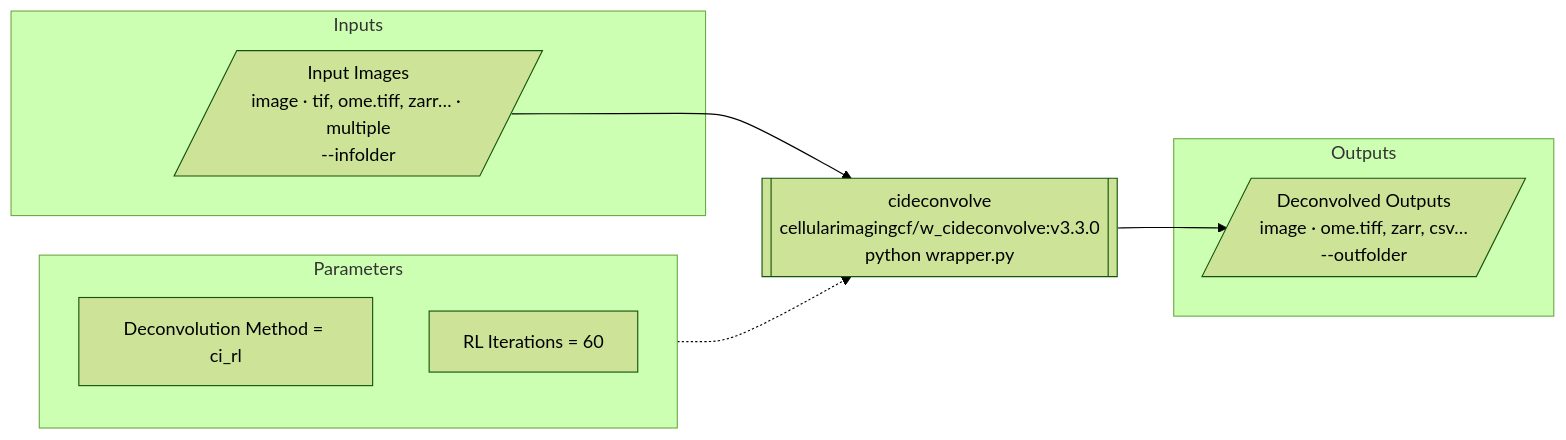
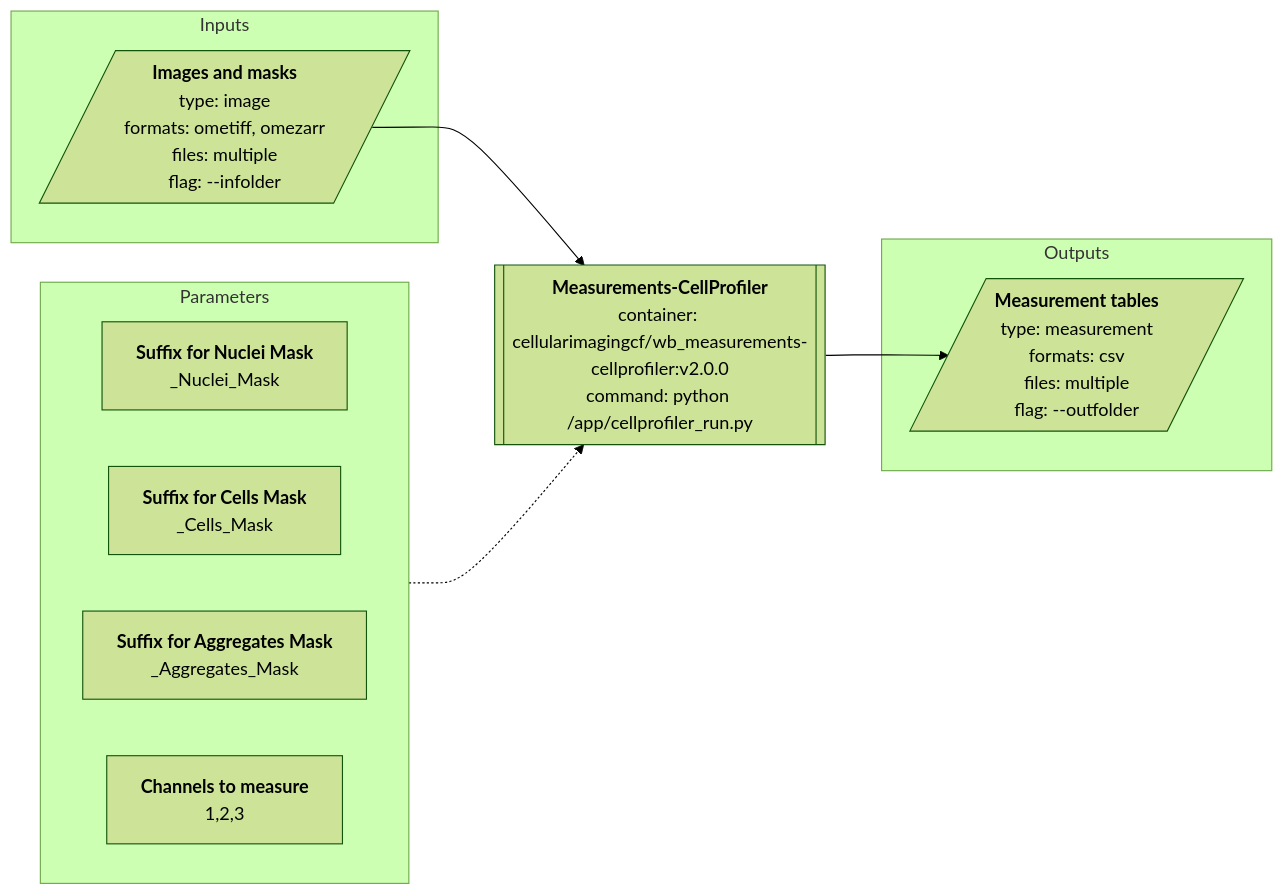
Before and after one commit to NL-BioImaging/vis-workflow: the diagram in notes/design.md, drawn with Mermaid (forest theme). The commit also changed other lines of this file and 12 other files, not shown here.

First line of the commit message:
Clearer diagram labels and show advanced parameters by default

````diff
--- a/notes/design.md
+++ b/notes/design.md
@@ -30,17 +30,20 @@
 ```mermaid
 flowchart LR
-  subgraph IN[Inputs]
-    in_infolder[/"Input Images<br/>image · tif, ome.tiff, zarr… · multiple<br/>--infolder"/]
+  subgraph inputs["Inputs"]
+    in_infolder[/"<b>Images and masks</b><br/>type: image<br/>formats: ometiff, omezarr<br/>files: multiple<br/>flag: --infolder"/]
   end
-  tool[["cideconvolve<br/>cellularimagingcf/w_cideconvolve:v3.3.0<br/>python wrapper.py"]]
-  subgraph PARAMS[Parameters]
-    param_method["Deconvolution Method = ci_rl"]
-    param_iterations["RL Iterations = 60"]
+  tool[["<b>Measurements-CellProfiler</b><br/>container: cellularimagingcf/wb_measurements-cellprofiler:v2.0.0<br/>command: python /app/cellprofiler_run.py"]]
+  subgraph parameters["Parameters"]
+    direction LR
+    param_nuclei_mask_suffix["<b>Suffix for Nuclei Mask</b><br/>_Nuclei_Mask"]
+    param_cells_mask_suffix["<b>Suffix for Cells Mask</b><br/>_Cells_Mask"]
+    param_aggregates_mask_suffix["<b>Suffix for Aggregates Mask</b><br/>_Aggregates_Mask"]
+    param_metric_channels["<b>Channels to measure</b><br/>1,2,3"]
   end
-  subgraph OUT[Outputs]
-    out_output_dir[/"Deconvolved Outputs<br/>image · ome.tiff, zarr, csv…<br/>--outfolder"/]
+  subgraph outputs["Outputs"]
+    out_outfolder[/"<b>Measurement tables</b><br/>type: measurement<br/>formats: csv<br/>files: multiple<br/>flag: --outfolder"/]
   end
   in_infolder --> tool
-  PARAMS -.-> tool
-  tool --> out_output_dir
+  parameters -.-> tool
+  tool --> out_outfolder
 ```
````
